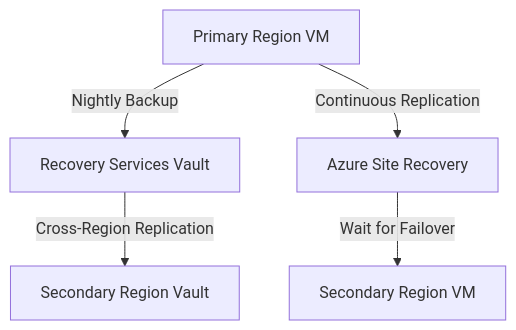
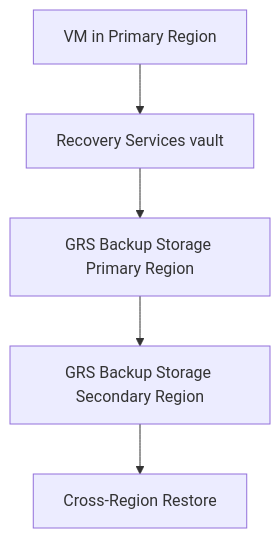
Before and after one commit to yeongseon/azure-virtual-machine-practical-guide: the diagram in docs/best-practices/backup-and-dr-best-practices.md, drawn with Mermaid. The commit also changed other lines of this file and 44 other files, not shown here.

````diff
--- a/docs/best-practices/backup-and-dr-best-practices.md
+++ b/docs/best-practices/backup-and-dr-best-practices.md
@@ -19,7 +22,7 @@
 ```mermaid
 graph TD
-    A[Primary Region VM] -->|Nightly Backup| B[Recovery Services Vault]
-    B -->|Cross-Region Replication| C[Secondary Region Vault]
-    A -->|Continuous Replication| D[Azure Site Recovery]
-    D -->|Wait for Failover| E[Secondary Region VM]
+    A[VM in Primary Region] --> B[Recovery Services vault]
+    B --> C[GRS Backup Storage Primary Region]
+    C --> D[GRS Backup Storage Secondary Region]
+    D --> E[Cross-Region Restore]
 ```
````
